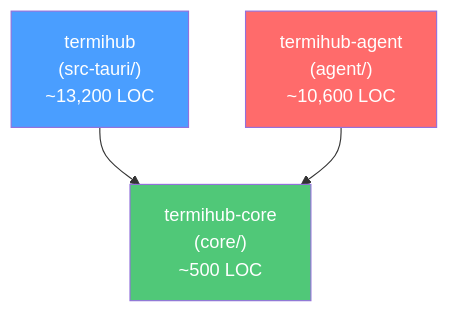
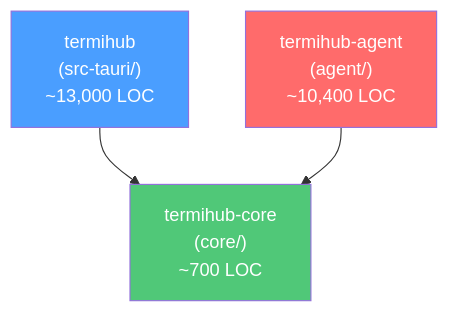
The third of 9 diagrams in docs/concepts/shared-rust-core.md (armaxri/termiHub), drawn with Mermaid before and after one commit. The commit also changed other lines of this file, not shown here.

First line of the commit message:
docs(concept): rewrite shared-rust-core with deeper backend analysis

````diff
--- a/docs/concepts/shared-rust-core.md
+++ b/docs/concepts/shared-rust-core.md
@@ -260,14 +424,14 @@
 ```mermaid
 graph TD
-    C["termihub-core<br/>(core/)<br/>~500 LOC"]
+    C["termihub-core<br/>(core/)<br/>~700 LOC"]
 
-    A["termihub<br/>(src-tauri/)<br/>~13,200 LOC"]
-    B["termihub-agent<br/>(agent/)<br/>~10,600 LOC"]
+    A["termihub<br/>(src-tauri/)<br/>~13,000 LOC"]
+    B["termihub-agent<br/>(agent/)<br/>~10,400 LOC"]
 
     A --> C
     B --> C
 
     style C fill:#50c878,color:#fff
     style A fill:#4a9eff,color:#fff
     style B fill:#ff6b6b,color:#fff
 ```
````
